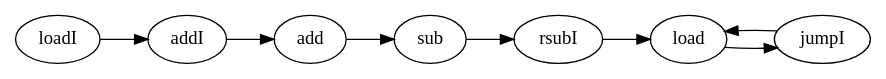
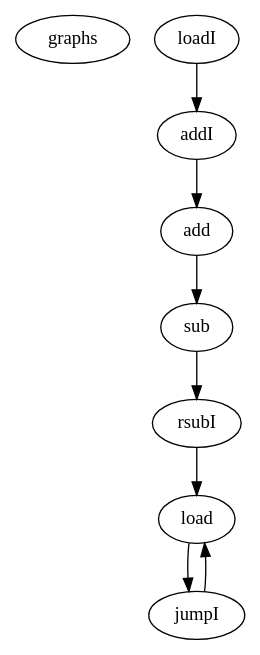
The diagram in dot2dot/bin/teste9.dot (sidner/DotToDot), drawn with Graphviz before and after one commit. The commit also changed 9 other files, not shown here.

```diff
--- a/dot2dot/bin/teste9.dot
+++ b/dot2dot/bin/teste9.dot
@@ -1,24 +1,24 @@
 digraph CFG {
-graph [rankdir = "LR"];
+graphs [rankdir = "LR"];
 0 [label="loadI", fontname="Tahoma"]
 0->1
  
 1 [label="addI", fontname="Tahoma"]
 1->2
  
 2 [label="add", fontname="Tahoma"]
 2->3
  
 3 [label="sub", fontname="Tahoma"]
 3->4
  
 4 [label="rsubI", fontname="Tahoma"]
 4->5
  
 5 [label="load", fontname="Tahoma"]
 5->6
  
 6 [label="jumpI", fontname="Tahoma"]
 6->5
  
 }
```
